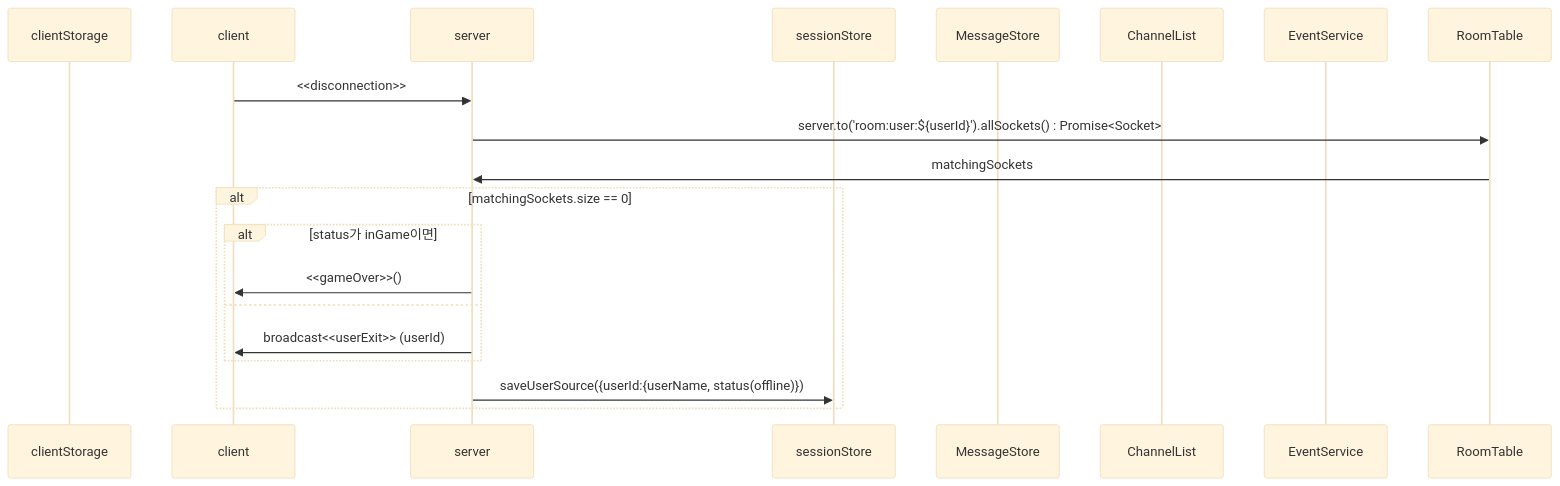
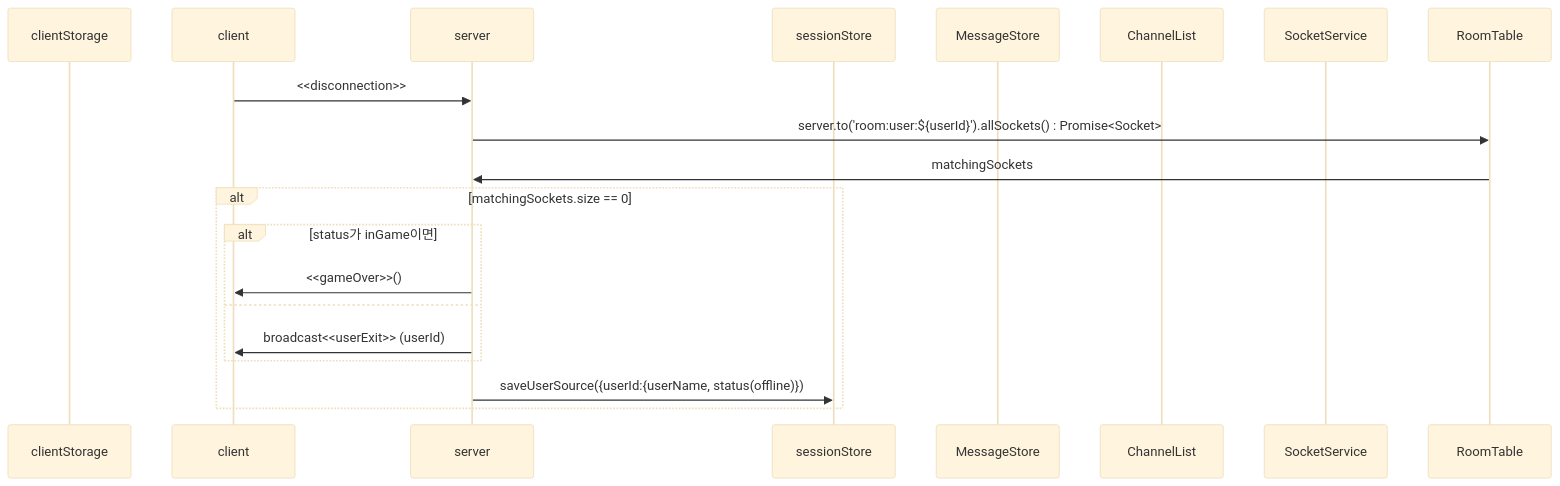
The third of 19 diagrams in backend/node/app/event.md (mtak0235/simmons_transcendence), drawn with Mermaid (base theme) before and after one commit. The commit also changed other lines of this file and 5 other files, not shown here.

````diff
--- a/backend/node/app/event.md
+++ b/backend/node/app/event.md
@@ -71,24 +71,24 @@
 ```mermaid
 sequenceDiagram
 participant cls as clientStorage
 participant c as client
 participant ga as server
 participant ss as sessionStore
 participant ms as MessageStore
 participant cns as ChannelList
-participant cs as EventService
+participant cs as SocketService
 participant rt as RoomTable
 
 c->>ga: <<disconnection>>
 ga->>rt: server.to('room:user:${userId}').allSockets() : Promise<Socket>
 rt->>ga: matchingSockets
 alt matchingSockets.size == 0
 alt status가 inGame이면 
 ga->>c: <<gameOver>>()
 # endGame 호출
 else
 ga->>c: broadcast<<userExit>> (userId)
 end
 ga->>ss: saveUserSource({userId:{userName, status(offline)})
 end
 ```
````
